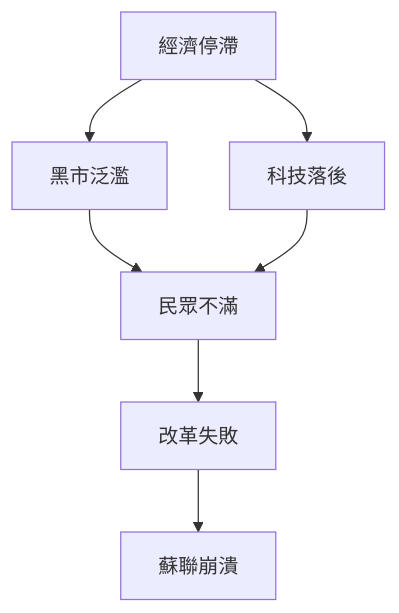
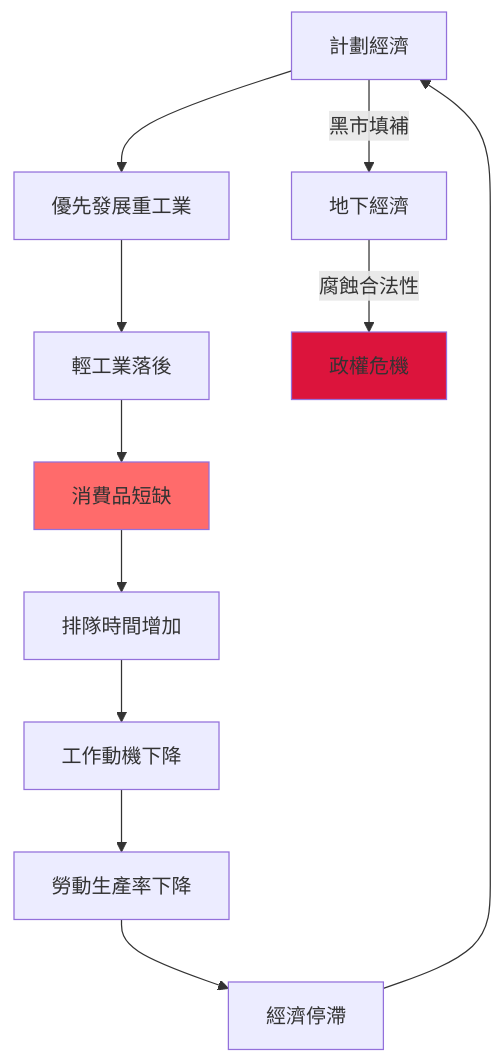
One commit to yip-lgtm/HKU-Harvard-History-Self-Study changed the fifth of 7 diagrams in 01_HKU_Courses/HIST2152_Late_socialism.md. Above: the diagram before and after it, drawn with Mermaid. The commit also changed other lines of this file and 8 other files, not shown here.

````diff
--- a/01_HKU_Courses/HIST2152_Late_socialism.md
+++ b/01_HKU_Courses/HIST2152_Late_socialism.md
@@ -102,9 +241,15 @@
 ```mermaid
-flowchart TD
-    A[經濟停滯] --> B[黑市泛濫]
-    A --> C[科技落後]
-    B --> D[民眾不滿]
-    C --> D
-    D --> E[改革失敗]
-    E --> F[蘇聯崩潰]
+graph TD
+    A["計劃經濟"] --> B["優先發展重工業"]
+    B --> C["輕工業落後"]
+    C --> D["消費品短缺"]
+    D --> E["排隊時間增加"]
+    E --> F["工作動機下降"]
+    F --> G["勞動生產率下降"]
+    G --> H["經濟停滯"]
+    H --> A
+    A -->|"黑市填補"| I["地下經濟"]
+    I -->|"腐蝕合法性"| J["政權危機"]
+    style D fill:#FF6B6B
+    style J fill:#DC143C
 ```
````
